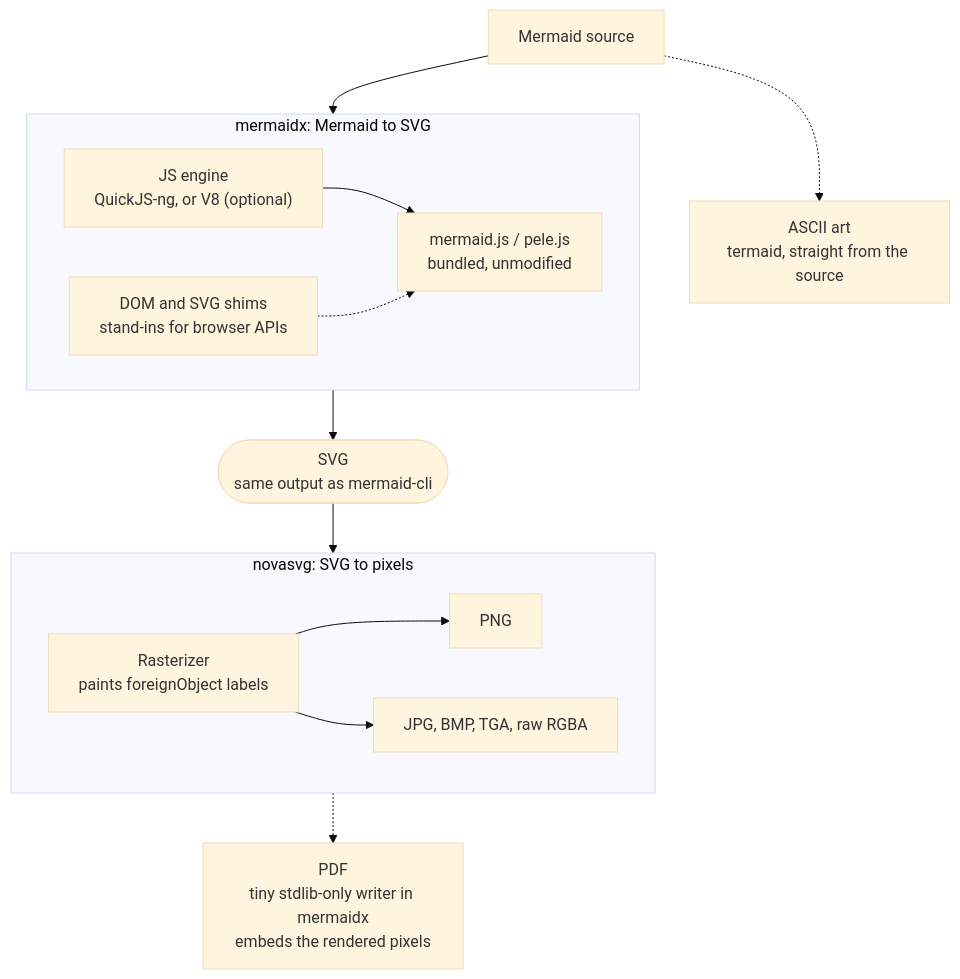
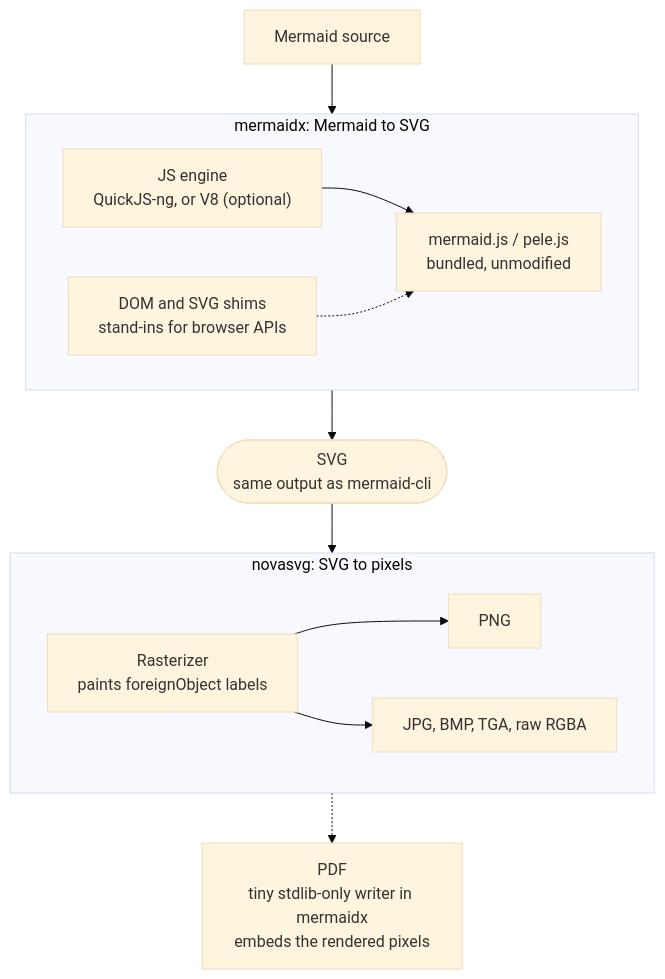
The first of 2 diagrams in README.md (MohammadRaziei/mermaidx), drawn with Mermaid (base theme) before and after one commit. The commit also changed other lines of this file and 13 other files, not shown here.

First line of the commit message:
feat: remove ASCII output and drop termaid dependency

````diff
--- a/README.md
+++ b/README.md
@@ -108,22 +107,21 @@
 ```mermaid
 flowchart TB
     SRC["Mermaid source"] --> MX
-    SRC -.-> ASCII["ASCII art<br/>termaid, straight from the source"]
 
     subgraph MX ["mermaidx: Mermaid to SVG"]
         direction LR
         JS["JS engine<br/>QuickJS-ng, or V8 (optional)"] --> MJS["mermaid.js / pele.js<br/>bundled, unmodified"]
         SHIM["DOM and SVG shims<br/>stand-ins for browser APIs"] -.-> MJS
     end
 
     MX --> SVG(["SVG<br/>same output as mermaid-cli"])
     SVG --> RAS
 
     subgraph NS ["novasvg: SVG to pixels"]
         direction LR
         RAS["Rasterizer<br/>paints foreignObject labels"] --> PNG["PNG"]
         RAS --> OTHER["JPG, BMP, TGA, raw RGBA"]
     end
 
     RAS -.-> PDF["PDF<br/>tiny stdlib-only writer in mermaidx<br/>embeds the rendered pixels"]
 ```
````
